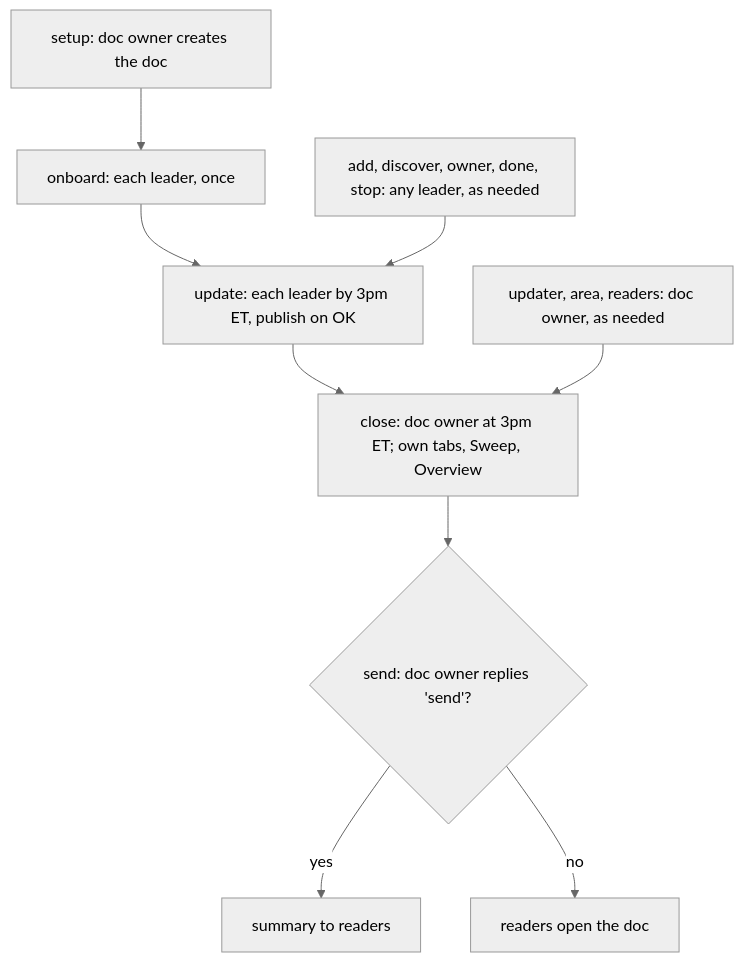
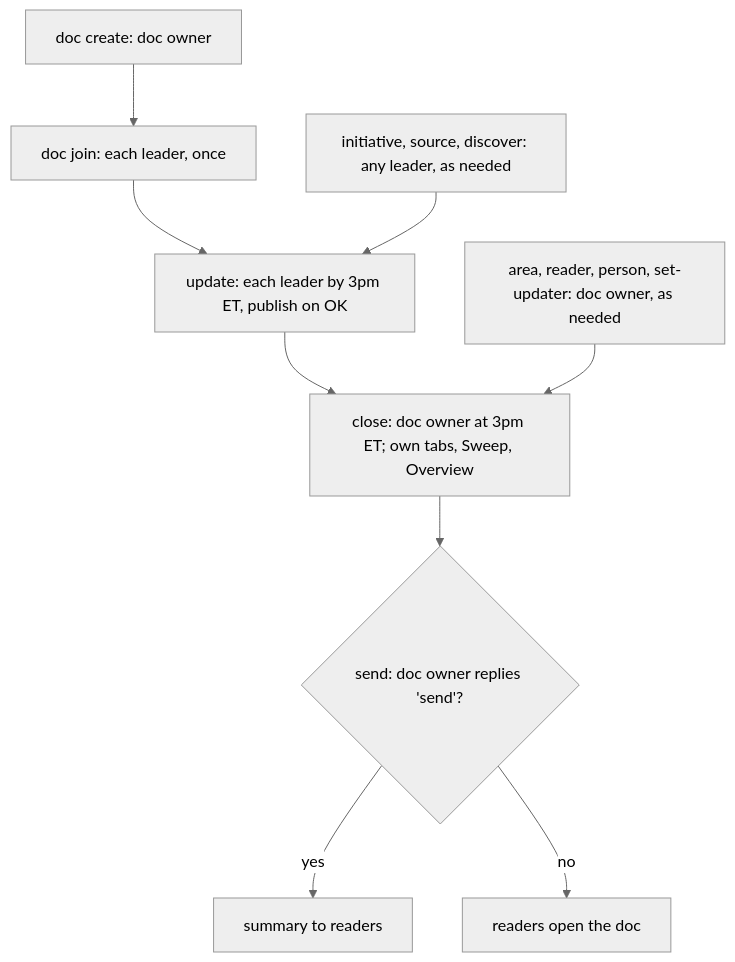
One commit to medhatgalal/Core-Prompts changed the diagram in .claude/skills/engos-operations-daily-update/SKILL.md. Above: the diagram before and after it, drawn with Mermaid (neutral theme). The commit also changed other lines of this file and 55 other files, not shown here.

````diff
--- a/.claude/skills/engos-operations-daily-update/SKILL.md
+++ b/.claude/skills/engos-operations-daily-update/SKILL.md
@@ -99,11 +111,11 @@
 ```mermaid
 flowchart TD
-    A["setup: doc owner creates the doc"] --> B["onboard: each leader, once"]
+    A["doc create: doc owner"] --> B["doc join: each leader, once"]
     B --> C["update: each leader by 3pm ET, publish on OK"]
     C --> D["close: doc owner at 3pm ET; own tabs, Sweep, Overview"]
     D --> E{"send: doc owner replies 'send'?"}
     E -->|yes| F["summary to readers"]
     E -->|no| G["readers open the doc"]
-    H["add, discover, owner, done, stop: any leader, as needed"] --> C
-    I["updater, area, readers: doc owner, as needed"] --> D
+    H["initiative, source, discover: any leader, as needed"] --> C
+    I["area, reader, person, set-updater: doc owner, as needed"] --> D
 ```
````
